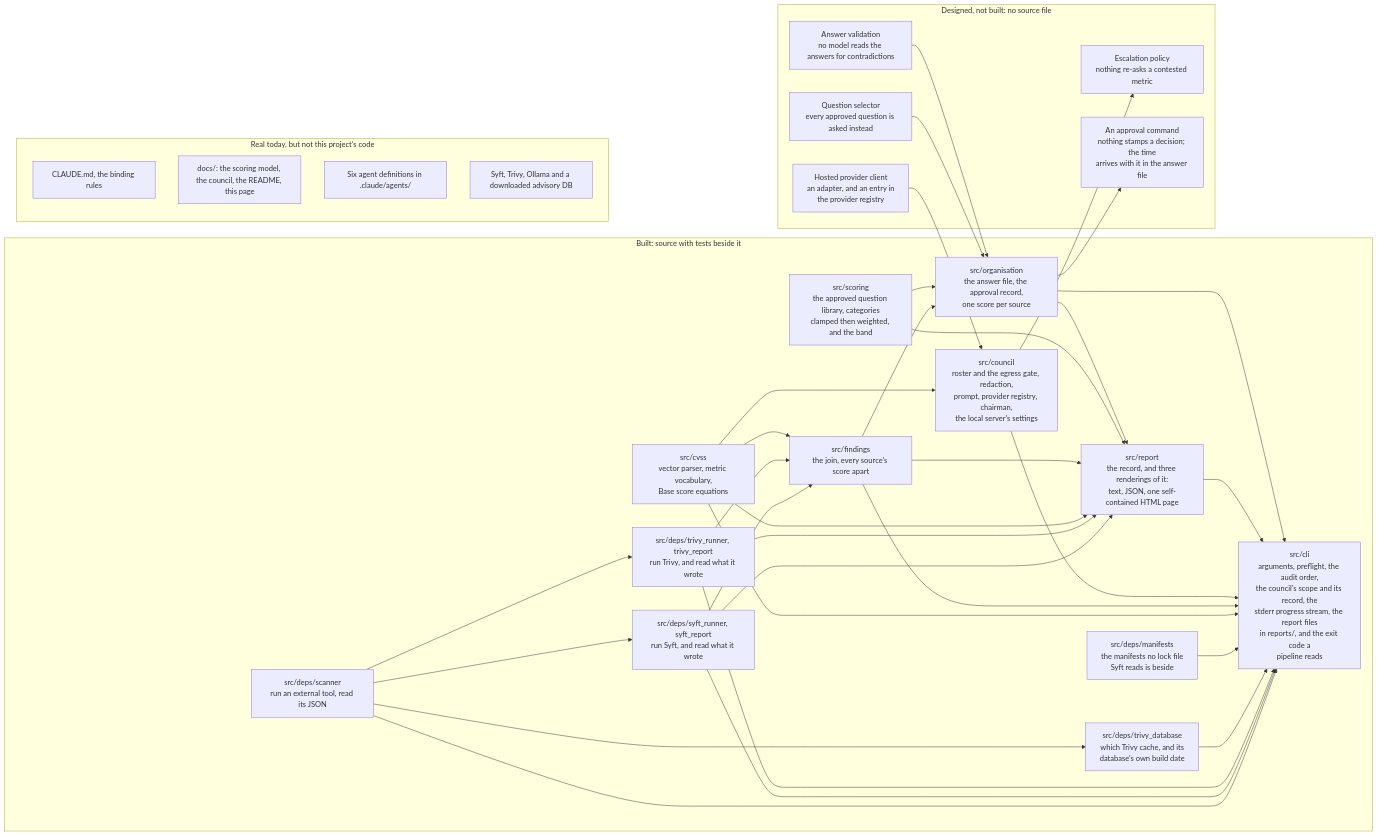
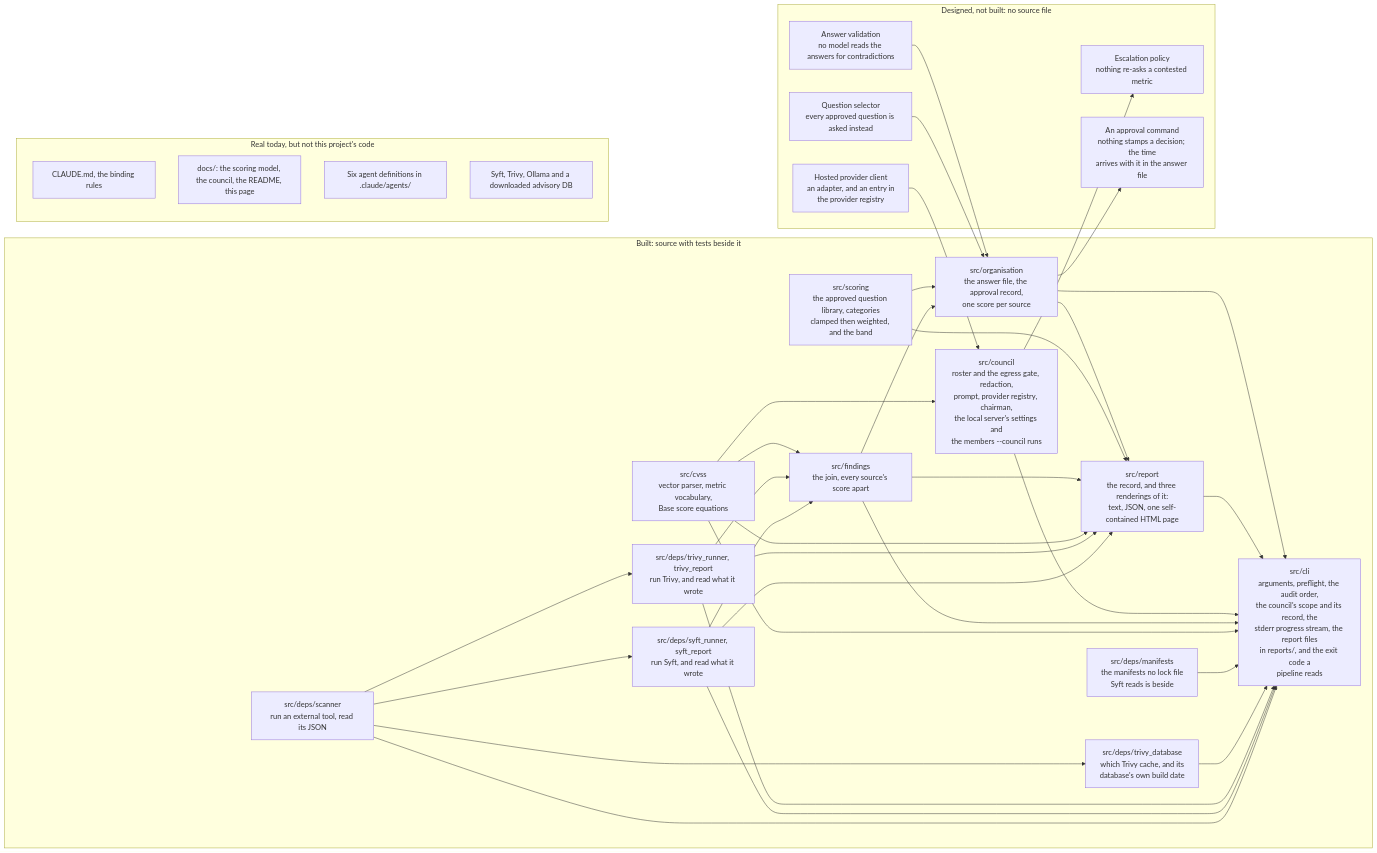
One commit to heinthtnaung/AgenticLLMAppAuditor changed the fifth of 5 diagrams in docs/diagrams.md. Above: the diagram before and after it, drawn with Mermaid. The commit also changed other lines of this file and 12 other files, not shown here.

````diff
--- a/docs/diagrams.md
+++ b/docs/diagrams.md
@@ -494,63 +494,63 @@
 ```mermaid
 flowchart LR
     subgraph BUILT["Built: source with tests beside it"]
         b0["src/deps/scanner<br/>run an external tool, read its JSON"]
         b1["src/deps/syft_runner, syft_report<br/>run Syft, and read what it wrote"]
         b2["src/deps/trivy_runner, trivy_report<br/>run Trivy, and read what it wrote"]
         b3["src/deps/trivy_database<br/>which Trivy cache, and its<br/>database's own build date"]
         b11["src/deps/manifests<br/>the manifests no lock file<br/>Syft reads is beside"]
         b4["src/cvss<br/>vector parser, metric vocabulary,<br/>Base score equations"]
         b5["src/findings<br/>the join, every source's score apart"]
-        b7["src/council<br/>roster and the egress gate, redaction,<br/>prompt, provider registry, chairman,<br/>the local server's settings"]
+        b7["src/council<br/>roster and the egress gate, redaction,<br/>prompt, provider registry, chairman,<br/>the local server's settings and<br/>the members --council runs"]
         b8["src/report<br/>the record, and three renderings of it:<br/>text, JSON, one self-contained HTML page"]
         b9["src/cli<br/>arguments, preflight, the audit order,<br/>the council's scope and its record, the<br/>stderr progress stream, the report files<br/>in reports/, and the exit code a<br/>pipeline reads"]
         b6["src/scoring<br/>the approved question library, categories<br/>clamped then weighted, and the band"]
         b10["src/organisation<br/>the answer file, the approval record,<br/>one score per source"]
         b0 --> b1
         b0 --> b2
         b0 --> b3
         b0 --> b9
         b1 --> b5
         b1 --> b8
         b1 --> b9
         b2 --> b5
         b2 --> b8
         b2 --> b9
         b3 --> b9
         b11 --> b9
         b4 --> b5
         b4 --> b7
         b4 --> b8
         b4 --> b9
         b5 --> b8
         b5 --> b9
         b5 --> b10
         b6 --> b8
         b6 --> b10
         b7 --> b9
         b8 --> b9
         b10 --> b8
         b10 --> b9
     end
 
     subgraph UNBUILT["Designed, not built: no source file"]
         d2["Question selector<br/>every approved question is asked instead"]
         d3["Answer validation<br/>no model reads the answers for contradictions"]
         d6["Hosted provider client<br/>an adapter, and an entry in<br/>the provider registry"]
         d11["Escalation policy<br/>nothing re-asks a contested metric"]
         d12["An approval command<br/>nothing stamps a decision; the time<br/>arrives with it in the answer file"]
     end
 
     d6 --> b7
     b7 --> d11
     d2 --> b10
     d3 --> b10
     b10 --> d12
 
     subgraph REAL["Real today, but not this project's code"]
         x1["CLAUDE.md, the binding rules"]
         x2["docs/: the scoring model, the council, the README, this page"]
         x3["Six agent definitions in .claude/agents/"]
         x4["Syft, Trivy, Ollama and a downloaded advisory DB"]
     end
 ```
````
